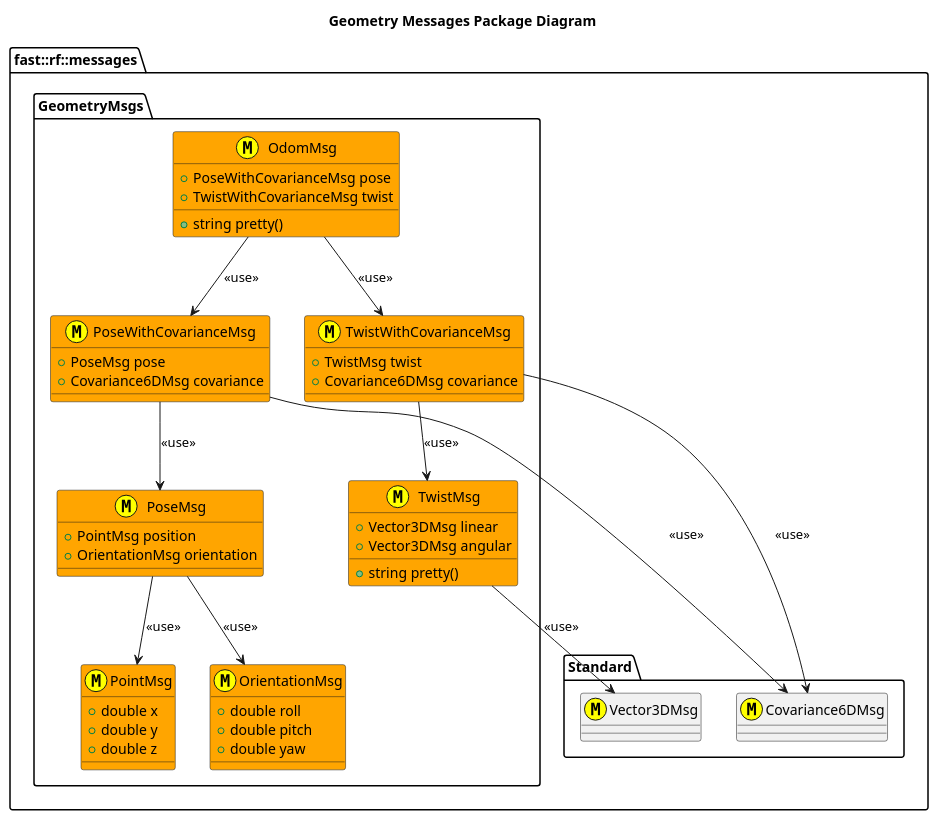
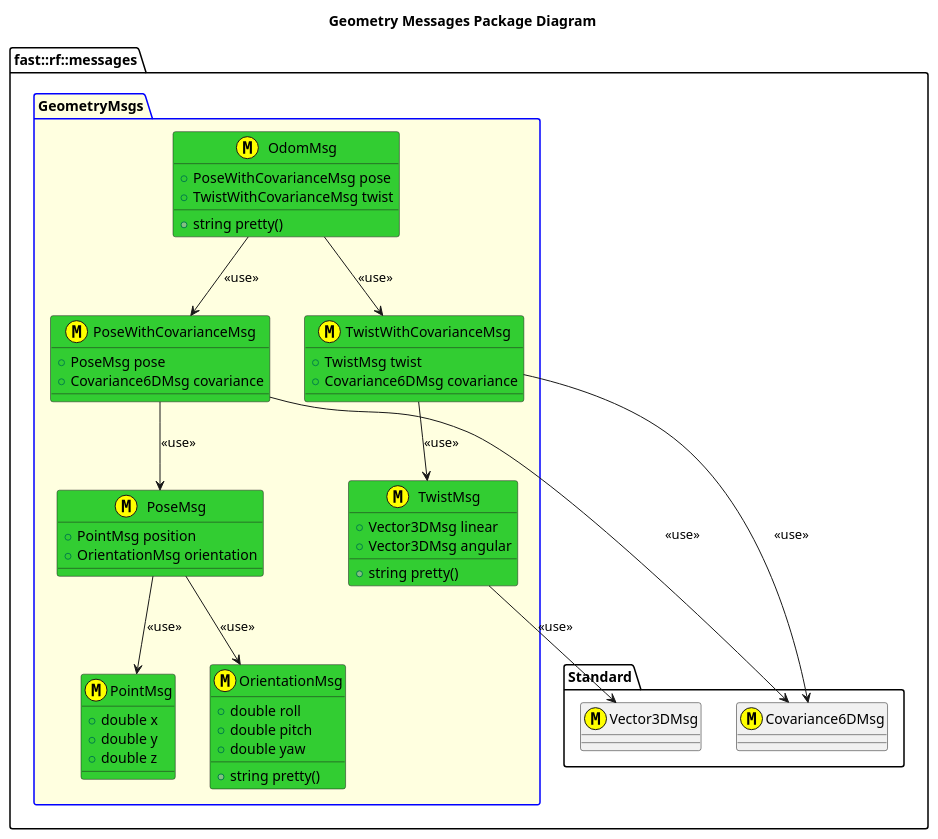
One commit to fastrobotics/robot_framework changed the diagram in msgs/GeometryMsgs/doc/puml/GeometryMessagesClassDiagram.puml. Above: the diagram before and after it, drawn with PlantUML. The commit also changed 53 other files, not shown here.

```diff
--- a/msgs/GeometryMsgs/doc/puml/GeometryMessagesClassDiagram.puml
+++ b/msgs/GeometryMsgs/doc/puml/GeometryMessagesClassDiagram.puml
@@ -1,59 +1,60 @@
 @startuml
 title Geometry Messages Package Diagram
 
 namespace fast::rf::messages {
   namespace Standard {
     class Covariance6DMsg <<(M,#FFFF00) >>
     class Vector3DMsg <<(M,#FFFF00) >>
   }
 
-  namespace GeometryMsgs  {
-    struct PointMsg <<(M,#FFFF00) >> #Orange {
+  package GeometryMsgs #LightYellow;line:blue {
+    struct PointMsg <<(M,#FFFF00) >> #LimeGreen {
       +double x
       +double y
       +double z 
     }
-    struct OrientationMsg <<(M,#FFFF00) >> #Orange {
+    struct OrientationMsg <<(M,#FFFF00) >> #LimeGreen {
       +double roll
       +double pitch
       +double yaw
+      +string pretty()
     }
-    struct PoseMsg <<(M,#FFFF00)>> #Orange {
+    struct PoseMsg <<(M,#FFFF00)>> #LimeGreen {
       +PointMsg position
       +OrientationMsg orientation
 
     }
     PoseMsg --> PointMsg: <<use>>
     PoseMsg --> OrientationMsg: <<use>>
-    struct PoseWithCovarianceMsg <<(M,#FFFF00)>> #Orange {
+    struct PoseWithCovarianceMsg <<(M,#FFFF00)>> #LimeGreen {
       +PoseMsg pose
       +Covariance6DMsg covariance
     }
     PoseWithCovarianceMsg --> Covariance6DMsg: <<use>>
     PoseWithCovarianceMsg --> PoseMsg: <<use>>
 
-    struct TwistMsg <<(M,#FFFF00)>> #Orange {
+    struct TwistMsg <<(M,#FFFF00)>> #LimeGreen {
       +Vector3DMsg linear
       +Vector3DMsg angular
       +string pretty()
     }
     TwistMsg --> Vector3DMsg: <<use>>
 
-    struct TwistWithCovarianceMsg <<(M,#FFFF00)>> #Orange {
+    struct TwistWithCovarianceMsg <<(M,#FFFF00)>> #LimeGreen {
       +TwistMsg twist
       +Covariance6DMsg covariance
     }
     TwistWithCovarianceMsg --> TwistMsg: <<use>>
     TwistWithCovarianceMsg --> Covariance6DMsg: <<use>>
 
-    struct OdomMsg <<(M,#FFFF00)>> #Orange {
+    struct OdomMsg <<(M,#FFFF00)>> #LimeGreen {
       +string pretty()
       +PoseWithCovarianceMsg pose
       +TwistWithCovarianceMsg twist
     }
     OdomMsg --> PoseWithCovarianceMsg: <<use>>
     OdomMsg --> TwistWithCovarianceMsg: <<use>>
   }
     
 }
 @enduml
```
